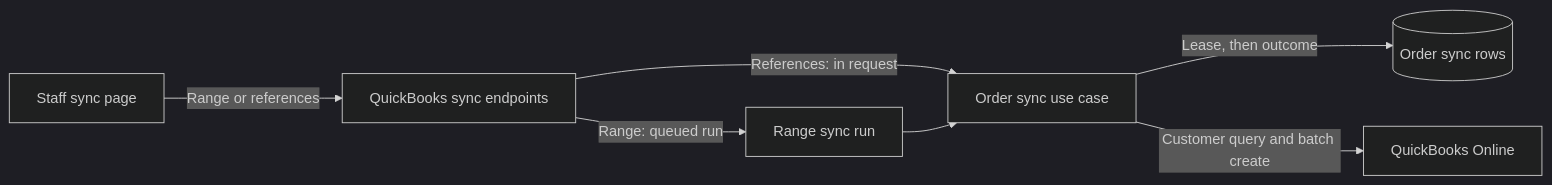
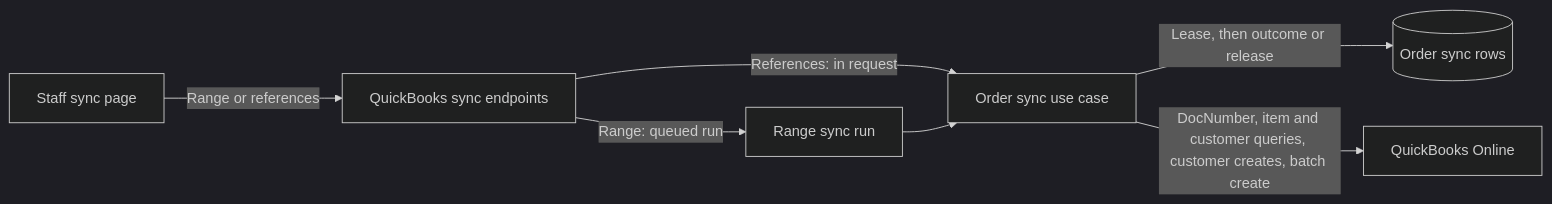
One commit to alzproducts/alz-core changed the seventh of 8 diagrams in docs/architecture-overview.md. Above: the diagram before and after it, drawn with Mermaid (dark theme). The commit also changed other lines of this file and 37 other files, not shown here.

First line of the commit message:
feat(quickbooks): handle failures and releases in sync by order (#1202)

````diff
--- a/docs/architecture-overview.md
+++ b/docs/architecture-overview.md
@@ -206,9 +206,9 @@
 ```mermaid
 flowchart LR
     STAFF["Staff sync page"] -->|"Range or references"| QAPI["QuickBooks sync endpoints"]
     QAPI -->|"Range: queued run"| QRUN["Range sync run"]
     QAPI -->|"References: in request"| QUC["Order sync use case"]
     QRUN --> QUC
-    QUC -->|"Lease, then outcome"| QROWS[("Order sync rows")]
-    QUC -->|"Customer query and batch create"| QBO["QuickBooks Online"]
+    QUC -->|"Lease, then outcome or release"| QROWS[("Order sync rows")]
+    QUC -->|"DocNumber, item and customer queries, customer creates, batch create"| QBO["QuickBooks Online"]
 ```
````
